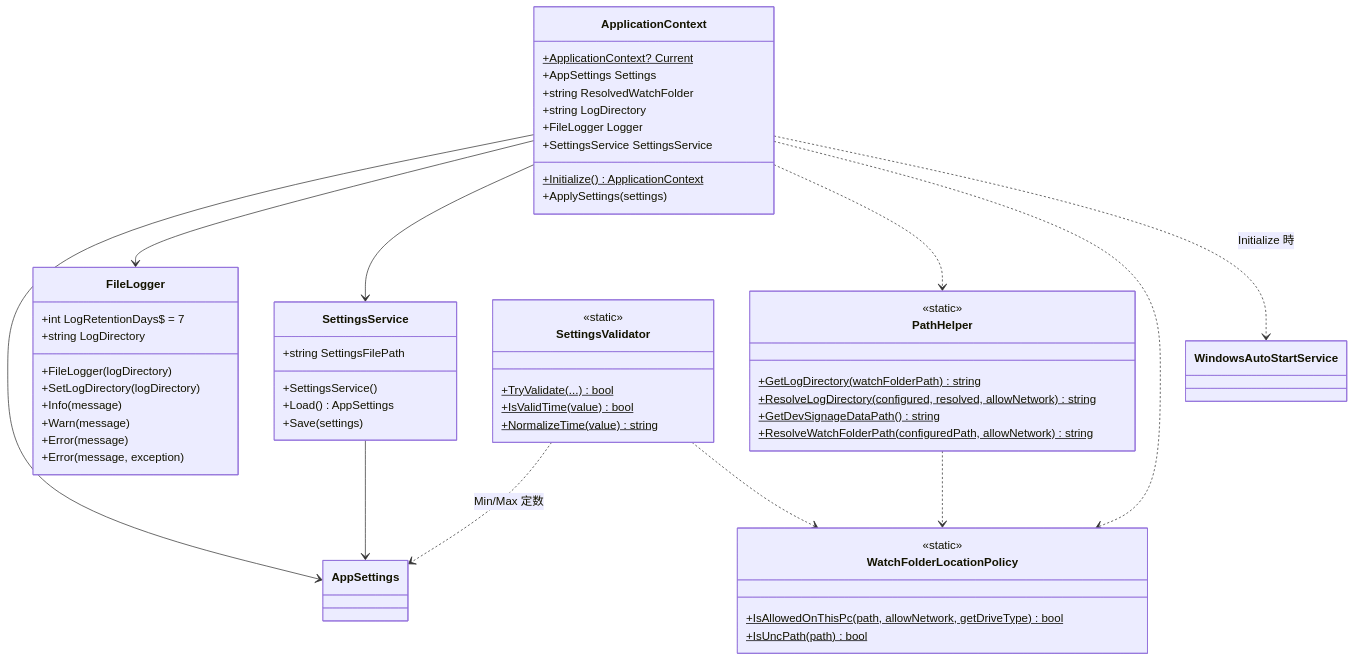
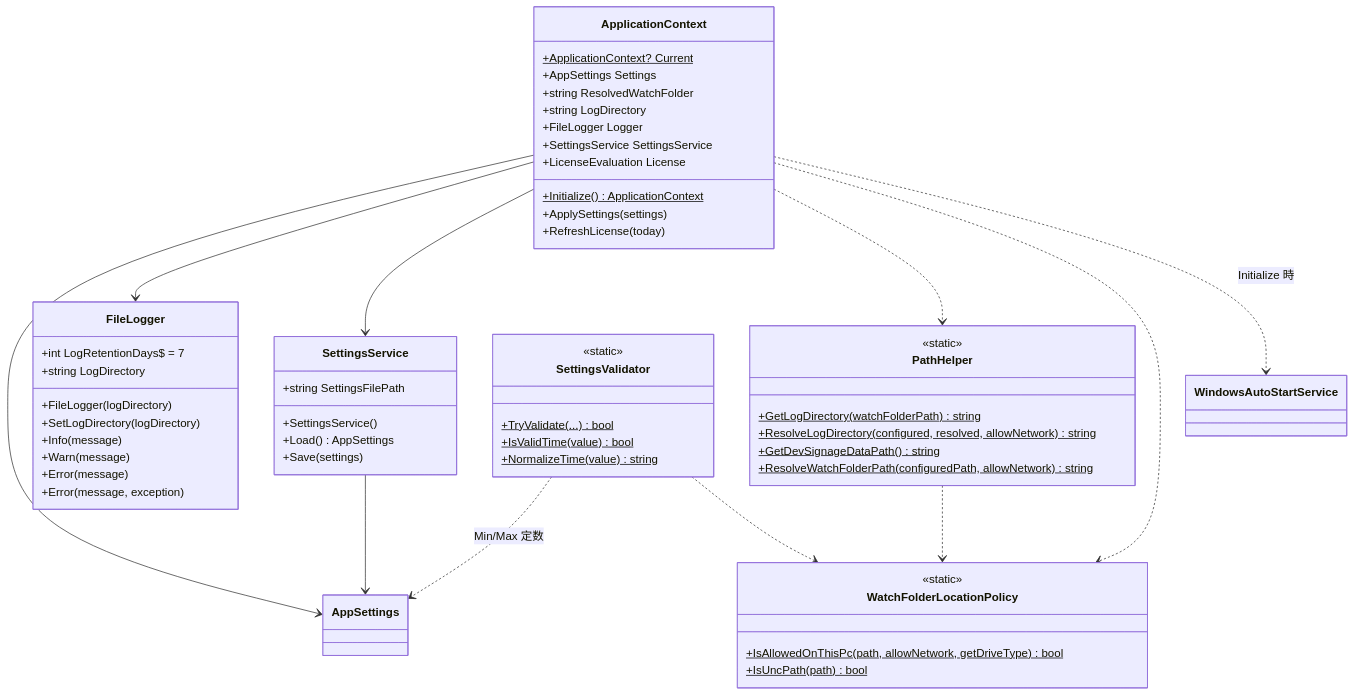
Before and after one commit to kamanori3/SimpleDigitalSignage: the seventh of 10 diagrams in docs/クラス設計図.md, drawn with Mermaid. The commit also changed other lines of this file and 9 other files, not shown here.

````diff
--- a/docs/クラス設計図.md
+++ b/docs/クラス設計図.md
@@ -359,63 +375,65 @@
 ```mermaid
 classDiagram
   class ApplicationContext {
     +ApplicationContext? Current$
     +AppSettings Settings
     +string ResolvedWatchFolder
     +string LogDirectory
     +FileLogger Logger
     +SettingsService SettingsService
+    +LicenseEvaluation License
     +Initialize()$ ApplicationContext
     +ApplySettings(settings)
+    +RefreshLicense(today)
   }
 
   class SettingsService {
     +string SettingsFilePath
     +SettingsService()
     +Load() AppSettings
     +Save(settings)
   }
 
   class PathHelper {
     <<static>>
     +GetLogDirectory(watchFolderPath)$ string
     +ResolveLogDirectory(configured, resolved, allowNetwork)$ string
     +GetDevSignageDataPath()$ string
     +ResolveWatchFolderPath(configuredPath, allowNetwork)$ string
   }
 
   class WatchFolderLocationPolicy {
     <<static>>
     +IsAllowedOnThisPc(path, allowNetwork, getDriveType)$ bool
     +IsUncPath(path)$ bool
   }
 
   class FileLogger {
     +int LogRetentionDays$ = 7
     +string LogDirectory
     +FileLogger(logDirectory)
     +SetLogDirectory(logDirectory)
     +Info(message)
     +Warn(message)
     +Error(message)
     +Error(message, exception)
   }
 
   class SettingsValidator {
     <<static>>
     +TryValidate(...)$ bool
     +IsValidTime(value)$ bool
     +NormalizeTime(value)$ string
   }
 
   ApplicationContext --> AppSettings
   ApplicationContext --> FileLogger
   ApplicationContext --> SettingsService
   ApplicationContext ..> PathHelper
   ApplicationContext ..> WatchFolderLocationPolicy
   ApplicationContext ..> WindowsAutoStartService : Initialize 時
   SettingsService --> AppSettings
   SettingsValidator ..> AppSettings : Min/Max 定数
   SettingsValidator ..> WatchFolderLocationPolicy
   PathHelper ..> WatchFolderLocationPolicy
 ```
````
